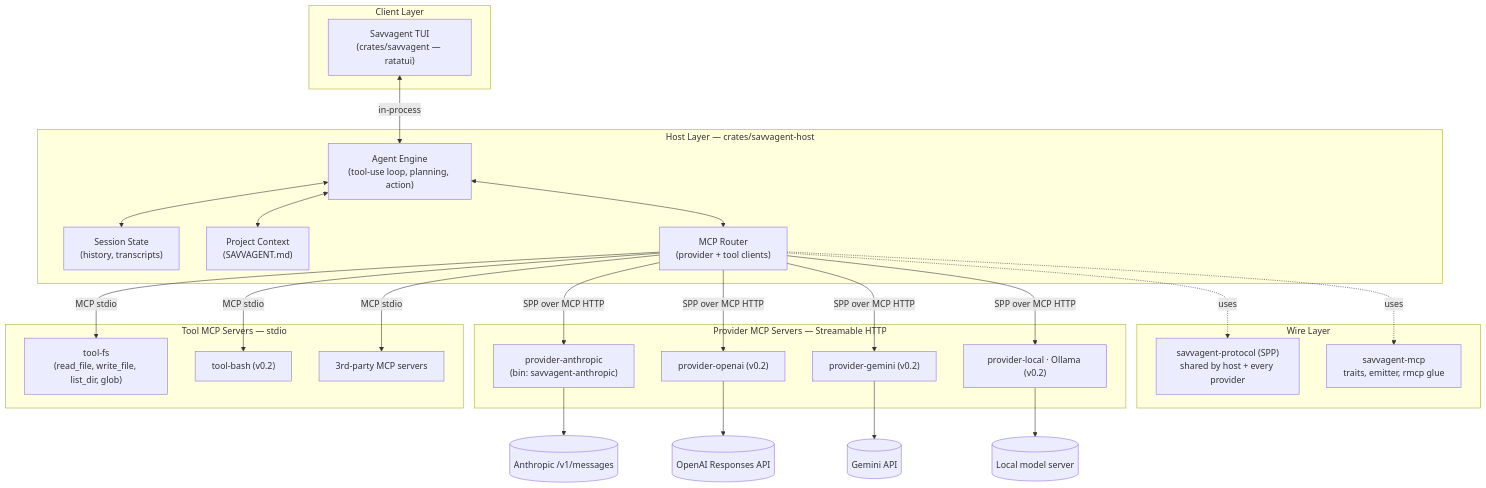
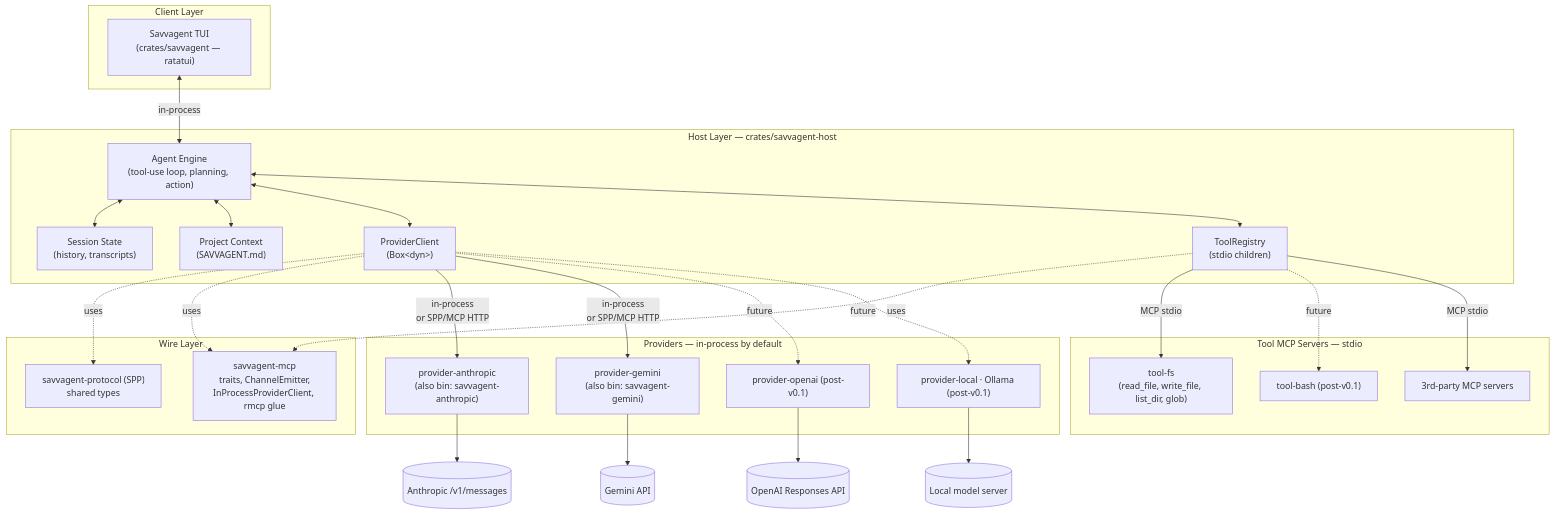
Before and after one commit to robhicks/savvagent-rs: the diagram in PRD.md, drawn with Mermaid. The commit also changed other lines of this file, not shown here.

First line of the commit message:
docs: refresh PRD for in-process providers and binary distribution

````diff
--- a/PRD.md
+++ b/PRD.md
@@ -84,52 +84,55 @@
 ```mermaid
 flowchart TB
     subgraph Client["Client Layer"]
         TUI["Savvagent TUI<br/>(crates/savvagent — ratatui)"]
     end
 
     subgraph Host["Host Layer — crates/savvagent-host"]
         Engine["Agent Engine<br/>(tool-use loop, planning, action)"]
         State["Session State<br/>(history, transcripts)"]
         Project["Project Context<br/>(SAVVAGENT.md)"]
-        Router["MCP Router<br/>(provider + tool clients)"]
+        PC["ProviderClient<br/>(Box&lt;dyn&gt;)"]
+        TR["ToolRegistry<br/>(stdio children)"]
     end
 
     subgraph Wire["Wire Layer"]
-        SPP["savvagent-protocol (SPP)<br/>shared by host + every provider"]
-        MCP["savvagent-mcp<br/>traits, emitter, rmcp glue"]
+        SPP["savvagent-protocol (SPP)<br/>shared types"]
+        MCP["savvagent-mcp<br/>traits, ChannelEmitter,<br/>InProcessProviderClient, rmcp glue"]
     end
 
-    subgraph Providers["Provider MCP Servers — Streamable HTTP"]
-        PA["provider-anthropic<br/>(bin: savvagent-anthropic)"]
-        PO["provider-openai (v0.2)"]
-        PG["provider-gemini (v0.2)"]
-        PL["provider-local · Ollama (v0.2)"]
+    subgraph Providers["Providers — in-process by default"]
+        PA["provider-anthropic<br/>(also bin: savvagent-anthropic)"]
+        PG["provider-gemini<br/>(also bin: savvagent-gemini)"]
+        PO["provider-openai (post-v0.1)"]
+        PL["provider-local · Ollama (post-v0.1)"]
     end
 
     subgraph Tools["Tool MCP Servers — stdio"]
         TF["tool-fs<br/>(read_file, write_file, list_dir, glob)"]
-        TB["tool-bash (v0.2)"]
+        TB["tool-bash (post-v0.1)"]
         T3["3rd-party MCP servers"]
     end
 
     TUI <-->|in-process| Engine
     Engine <--> State
     Engine <--> Project
-    Engine <--> Router
+    Engine <--> PC
+    Engine <--> TR
 
-    Router -.uses.-> SPP
-    Router -.uses.-> MCP
+    PC -.uses.-> SPP
+    PC -.uses.-> MCP
+    TR -.uses.-> MCP
 
-    Router -->|SPP over MCP HTTP| PA
-    Router -->|SPP over MCP HTTP| PO
-    Router -->|SPP over MCP HTTP| PG
-    Router -->|SPP over MCP HTTP| PL
-    Router -->|MCP stdio| TF
-    Router -->|MCP stdio| TB
-    Router -->|MCP stdio| T3
+    PC -->|in-process<br/>or SPP/MCP HTTP| PA
+    PC -->|in-process<br/>or SPP/MCP HTTP| PG
+    PC -.->|future| PO
+    PC -.->|future| PL
+    TR -->|MCP stdio| TF
+    TR -.->|future| TB
+    TR -->|MCP stdio| T3
 
     PA --> AAPI[("Anthropic /v1/messages")]
+    PG --> GAPI[("Gemini API")]
     PO --> OAPI[("OpenAI Responses API")]
-    PG --> GAPI[("Gemini API")]
     PL --> LAPI[("Local model server")]
 ```
````
